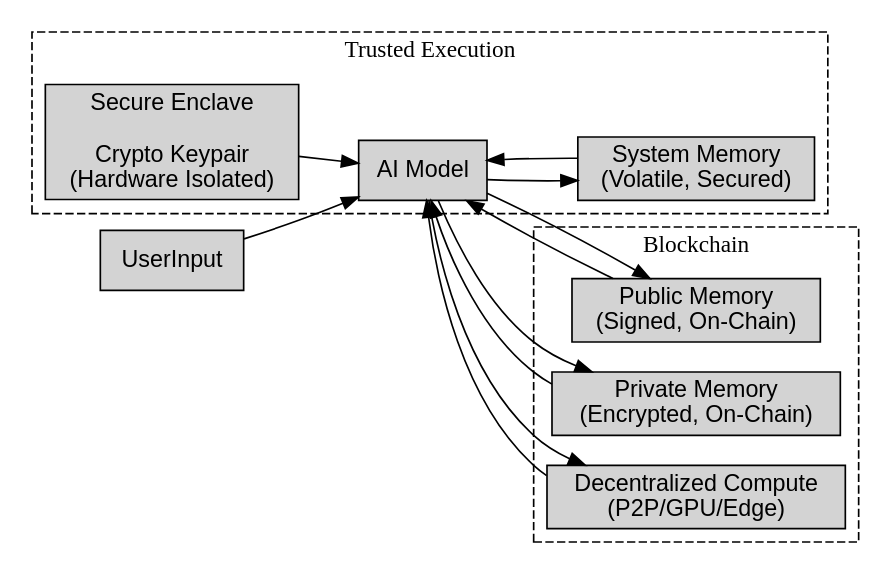
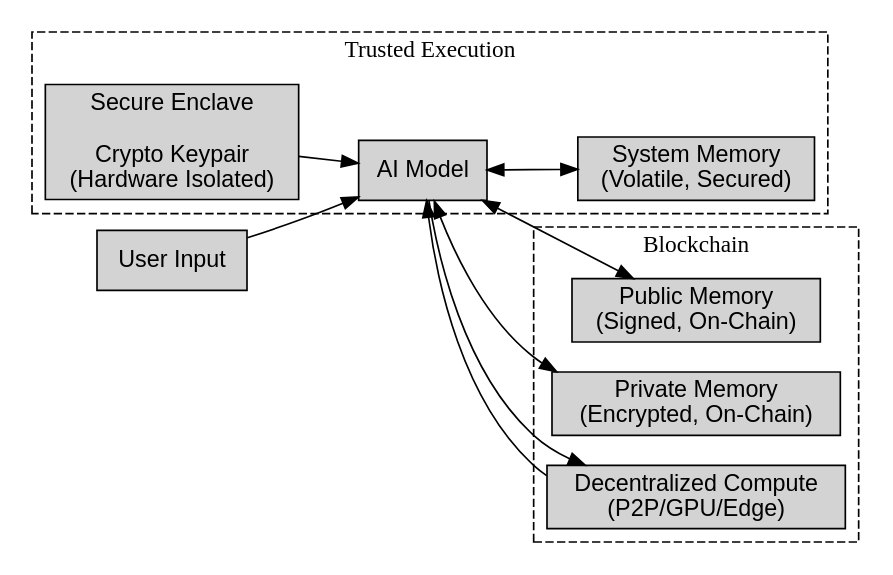
Before and after one commit to vitamingum/sovereign-ai: the diagram in graph.dot, drawn with Graphviz.

```diff
--- a/graph.dot
+++ b/graph.dot
@@ -1,38 +1,36 @@
 digraph SovereignAI {
   rankdir=LR;
   node [shape=box, style=filled, fillcolor=lightgray, fontname=Helvetica];
 
   SecureEnclave    [label="Secure Enclave\n\nCrypto Keypair\n(Hardware Isolated)"];
   AIModel          [label="AI Model"];
   SystemMemory     [label="System Memory\n(Volatile, Secured)"];
   PublicMemory     [label="Public Memory\n(Signed, On-Chain)"];
   PrivateMemory    [label="Private Memory\n(Encrypted, On-Chain)"];
   DecentralizedNet [label="Decentralized Compute\n(P2P/GPU/Edge)"];
+  UserInput        [label="User Input"];
 
   UserInput -> AIModel;
   SecureEnclave -> AIModel;
-  AIModel -> SystemMemory;
-  SystemMemory -> AIModel;
-  AIModel -> PublicMemory;
-  PublicMemory -> AIModel;
-  AIModel -> PrivateMemory;
-  PrivateMemory -> AIModel;
+  AIModel -> SystemMemory [dir=both];
+  AIModel -> PublicMemory [dir=both];
+  AIModel -> PrivateMemory [dir=both];
   AIModel -> DecentralizedNet;
   DecentralizedNet -> AIModel;
 
   subgraph cluster_secure {
     label = "Trusted Execution";
     style = dashed;
     SecureEnclave;
     AIModel;
     SystemMemory;
   }
 
   subgraph cluster_external {
     label = "Blockchain";
     style = dashed;
     PublicMemory;
     PrivateMemory;
     DecentralizedNet;
   }
 }
```
